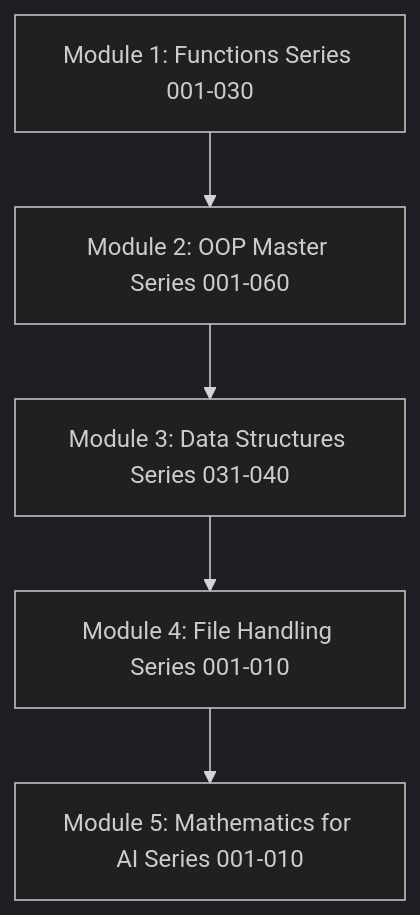
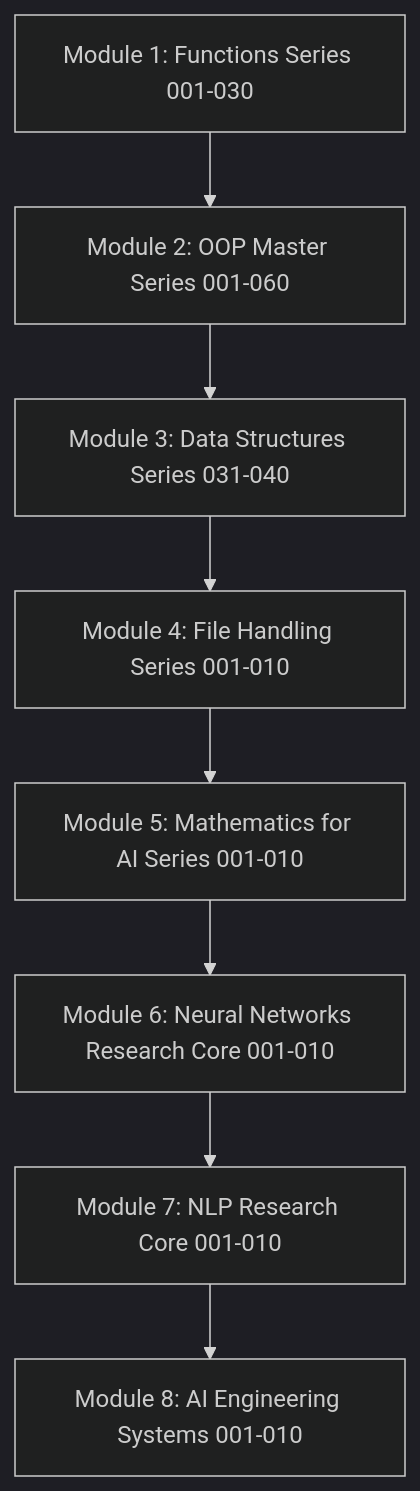
The diagram in README.md (LIKITH-3012-MAC/Complete-Python-3-oops-also-), drawn with Mermaid (dark theme) before and after one commit. The commit also changed other lines of this file and 34 other files, not shown here.

Commit message:
Add DeepLearning_AI research modules 6-8 (Neural Networks, NLP Core, AI Engineering) with 30 compiled notebooks, folder READMEs, and root README updates

````diff
--- a/README.md
+++ b/README.md
@@ -22,7 +22,10 @@
 ```mermaid
 graph TD
     A[Module 1: Functions Series 001-030] --> B[Module 2: OOP Master Series 001-060]
     B --> C[Module 3: Data Structures Series 031-040]
     C --> D[Module 4: File Handling Series 001-010]
     D --> E[Module 5: Mathematics for AI Series 001-010]
+    E --> F[Module 6: Neural Networks Research Core 001-010]
+    F --> G[Module 7: NLP Research Core 001-010]
+    G --> H[Module 8: AI Engineering Systems 001-010]
 ```
````
